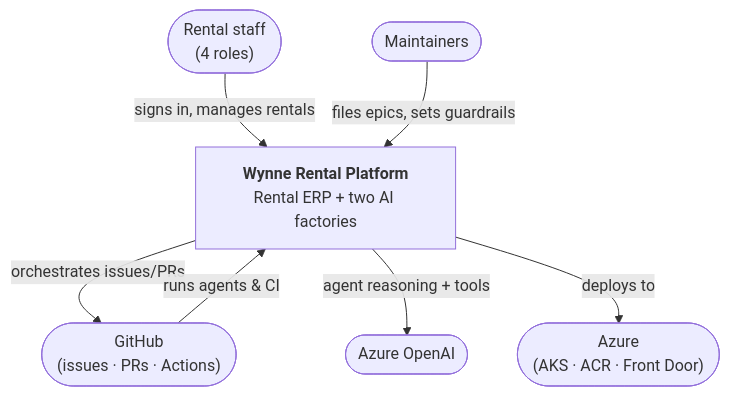
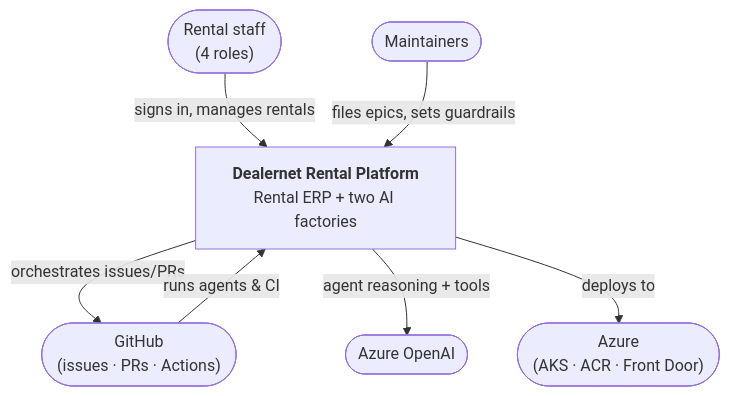
One commit to rodrigoreisdealernet/dealernet-agents changed the second of 4 diagrams in docs/architecture/README.md. Above: the diagram before and after it, drawn with Mermaid. The commit also changed other lines of this file and 363 other files, not shown here.

First line of the commit message:
rebrand: Wynne -> DIA (Dealernet Intelligence Agents); drop lvl-3/level-3-v2

````diff
--- a/docs/architecture/README.md
+++ b/docs/architecture/README.md
@@ -59,17 +59,17 @@
 ```mermaid
 flowchart TB
     user(["Rental staff<br/>(4 roles)"])
     maint(["Maintainers"])
     gh(["GitHub<br/>(issues · PRs · Actions)"])
     aoai(["Azure OpenAI"])
     azure(["Azure<br/>(AKS · ACR · Front Door)"])
 
-    sys["<b>Wynne Rental Platform</b><br/>Rental ERP + two AI factories"]
+    sys["<b>Dealernet Rental Platform</b><br/>Rental ERP + two AI factories"]
 
     user -->|signs in, manages rentals| sys
     maint -->|files epics, sets guardrails| sys
     sys -->|orchestrates issues/PRs| gh
     gh -->|runs agents & CI| sys
     sys -->|agent reasoning + tools| aoai
     sys -->|deploys to| azure
 ```
````
